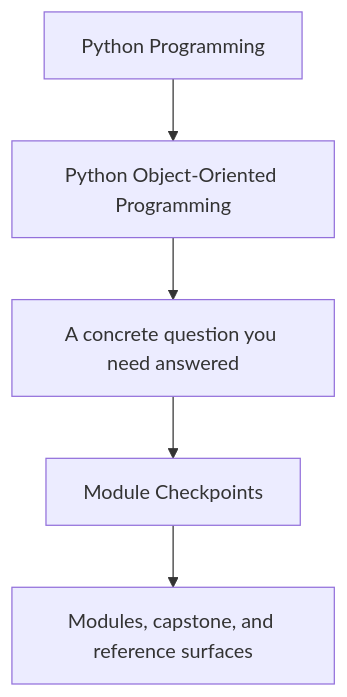
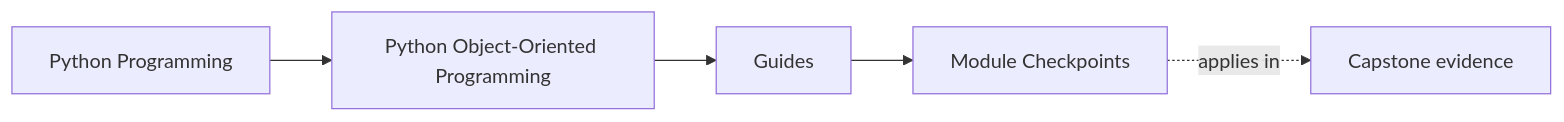
The first of 2 diagrams in programs/python-programming/python-object-oriented-programming/course-book/guides/module-checkpoints.md (bijux/bijux-masterclass), drawn with Mermaid before and after one commit. The commit also changed other lines of this file and 65 other files, not shown here.

Commit message:
docs(python-object-oriented-programming): map object model and design foundations

````diff
--- a/programs/python-programming/python-object-oriented-programming/course-book/guides/module-checkpoints.md
+++ b/programs/python-programming/python-object-oriented-programming/course-book/guides/module-checkpoints.md
@@ -7,7 +7,11 @@
 ```mermaid
-flowchart TD
-  family["Python Programming"] --> program["Python Object-Oriented Programming"]
-  program --> pressure["A concrete question you need answered"]
-  pressure --> guide["Module Checkpoints"]
-  guide --> next["Modules, capstone, and reference surfaces"]
+graph LR
+  family["Python Programming"]
+  program["Python Object-Oriented Programming"]
+  section["Guides"]
+  page["Module Checkpoints"]
+  capstone["Capstone evidence"]
+
+  family --> program --> section --> page
+  page -.applies in.-> capstone
 ```
````
